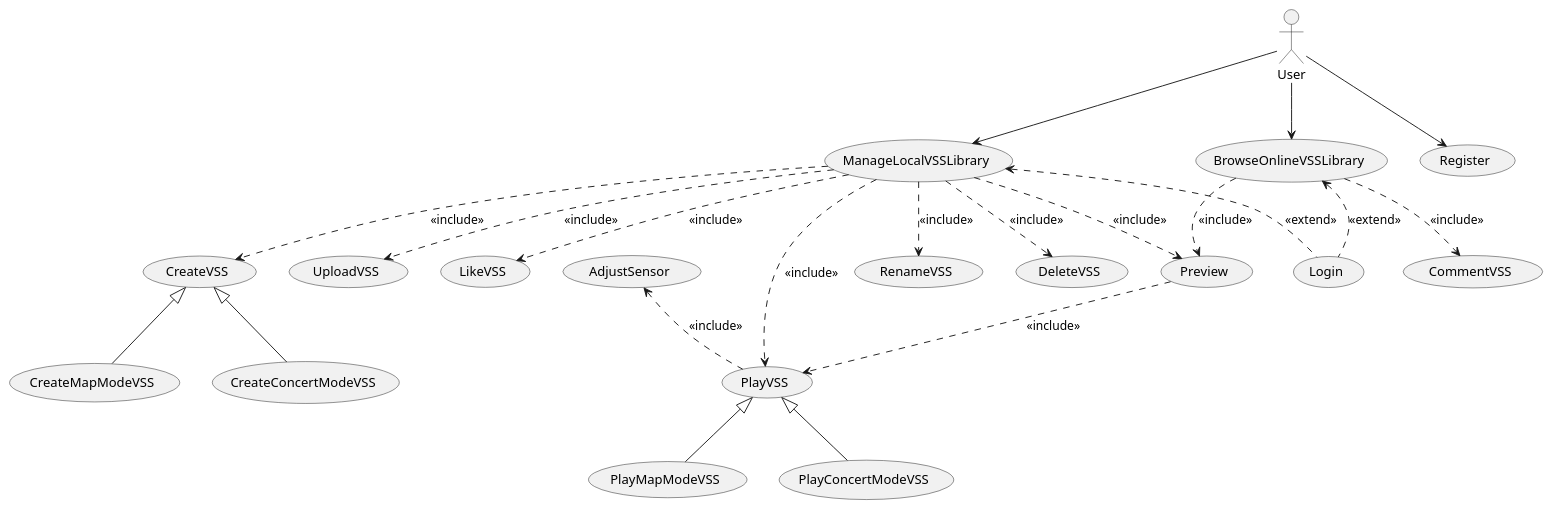
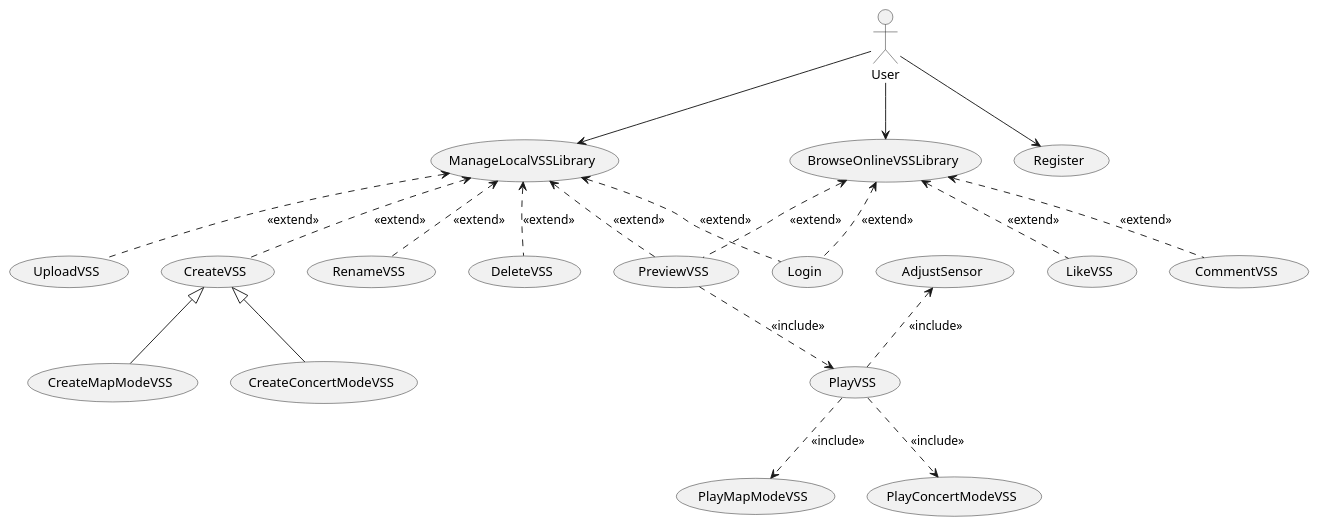
Before and after one commit to kpp19920121/doc: the first of 2 diagrams in 需求定义和分析/软件需求规约.md, drawn with PlantUML. The commit also changed other lines of this file and 2 other files, not shown here.

````diff
--- a/需求定义和分析/软件需求规约.md
+++ b/需求定义和分析/软件需求规约.md
@@ -230,30 +232,29 @@
 ```PlantUML
 @startuml
 (ManageLocalVSSLibrary) <.. (Login): <<extend>>
 (BrowseOnlineVSSLibrary) <.. (Login): <<extend>>
 
 User --> (Register)
 User --> (ManageLocalVSSLibrary)
 User --> (BrowseOnlineVSSLibrary)
 
-(ManageLocalVSSLibrary) ..> (CreateVSS): <<include>>
+(ManageLocalVSSLibrary) <.. (CreateVSS): <<extend>>
 (CreateVSS) <|-- (CreateMapModeVSS)
 (CreateVSS) <|-- (CreateConcertModeVSS)
-(ManageLocalVSSLibrary) ..> (RenameVSS): <<include>>
-(ManageLocalVSSLibrary) ..> (DeleteVSS): <<include>>
-(ManageLocalVSSLibrary) ..> (UploadVSS): <<include>>
-(ManageLocalVSSLibrary) ..> (LikeVSS): <<include>>
-(ManageLocalVSSLibrary) ..> (PlayVSS): <<include>>
-(PlayVSS) <|-- (PlayMapModeVSS)
-(PlayVSS) <|-- (PlayConcertModeVSS)
-(BrowseOnlineVSSLibrary) ..> (CommentVSS): <<include>>
+(ManageLocalVSSLibrary) <.. (RenameVSS): <<extend>>
+(ManageLocalVSSLibrary) <.. (DeleteVSS): <<extend>>
+(ManageLocalVSSLibrary) <.. (UploadVSS): <<extend>>
+(BrowseOnlineVSSLibrary) <.. (LikeVSS): <<extend>>
+(PlayVSS) ..> (PlayMapModeVSS): <<include>>
+(PlayVSS) ..> (PlayConcertModeVSS): <<include>>
+(BrowseOnlineVSSLibrary) <.. (CommentVSS): <<extend>>
 
 (AdjustSensor) <.. (PlayVSS): <<include>>
 
-(ManageLocalVSSLibrary) ..> (Preview): <<include>>
-(BrowseOnlineVSSLibrary) ..> (Preview): <<include>>
+(ManageLocalVSSLibrary) <.. (PreviewVSS): <<extend>>
+(BrowseOnlineVSSLibrary) <.. (PreviewVSS): <<extend>>
 
-(Preview) ..> (PlayVSS): <<include>>
+(PreviewVSS) ..> (PlayVSS): <<include>>
 
 @enduml
 ```
````
